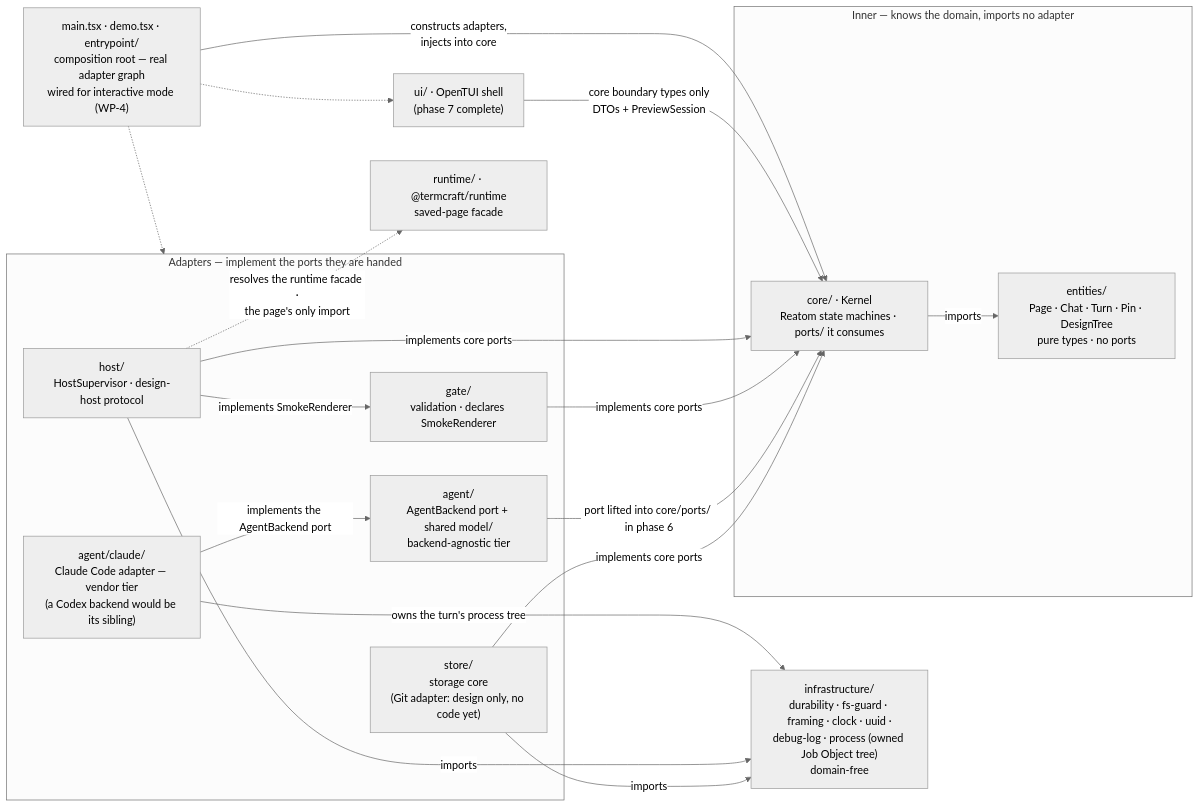
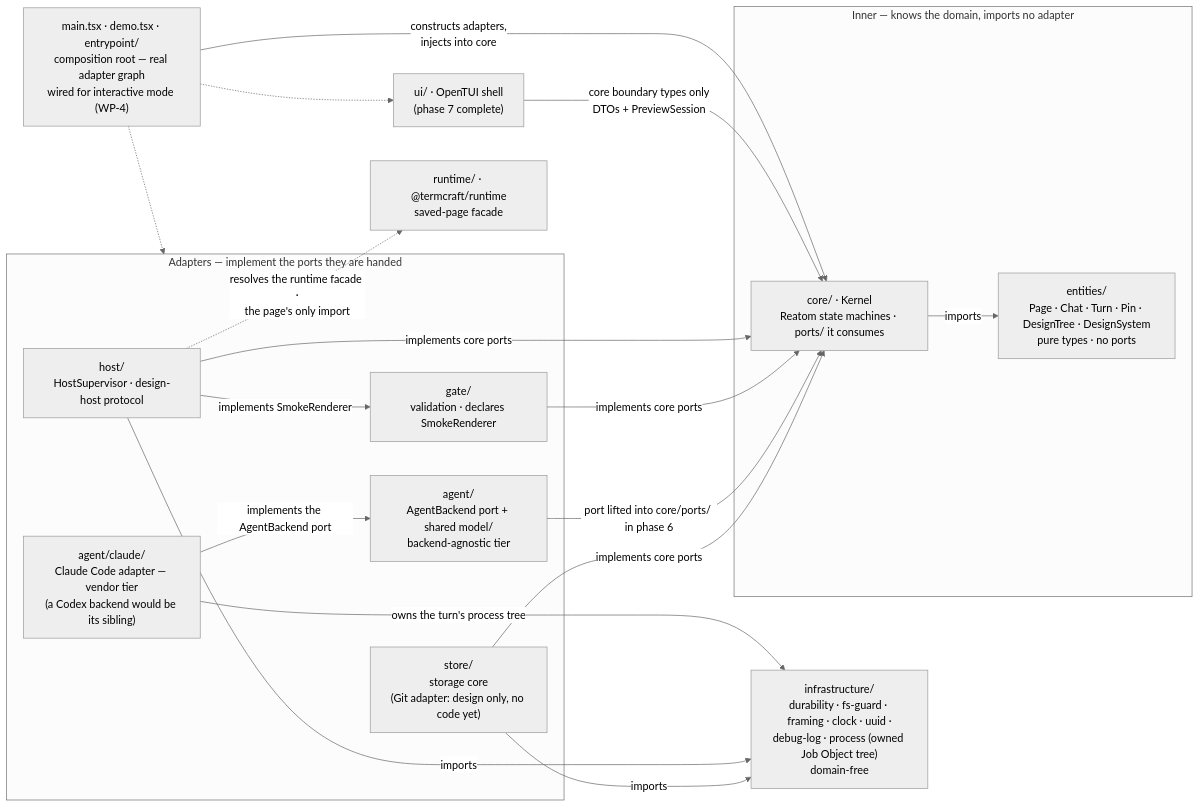
Before and after one commit to khmilevoi/termcraft: the diagram in docs/architecture/code-structure.md, drawn with Mermaid (neutral theme). The commit also changed other lines of this file and 4 other files, not shown here.

First line of the commit message:
docs(architecture): record the design-system entity and the Gate's design-system checks

````diff
--- a/docs/architecture/code-structure.md
+++ b/docs/architecture/code-structure.md
@@ -24,37 +24,37 @@
 ```mermaid
 flowchart LR
     main["main.tsx · demo.tsx · entrypoint/<br/>composition root — real adapter graph<br/>wired for interactive mode (WP-4)"]
 
     subgraph adapters["Adapters — implement the ports they are handed"]
         store["store/<br/>storage core<br/>(Git adapter: design only, no code yet)"]
         agent["agent/<br/>AgentBackend port + shared model/<br/>backend-agnostic tier"]
         claude["agent/claude/<br/>Claude Code adapter — vendor tier<br/>(a Codex backend would be its sibling)"]
         gate["gate/<br/>validation · declares SmokeRenderer"]
         host["host/<br/>HostSupervisor · design-host protocol"]
     end
 
     subgraph inner["Inner — knows the domain, imports no adapter"]
         core["core/ · Kernel<br/>Reatom state machines · ports/ it consumes"]
-        entities["entities/<br/>Page · Chat · Turn · Pin · DesignTree<br/>pure types · no ports"]
+        entities["entities/<br/>Page · Chat · Turn · Pin · DesignTree · DesignSystem<br/>pure types · no ports"]
     end
 
     ui["ui/ · OpenTUI shell<br/>(phase 7 complete)"]
     runtime["runtime/ · @termcraft/runtime<br/>saved-page facade"]
     infra["infrastructure/<br/>durability · fs-guard · framing · clock · uuid ·<br/>debug-log · process (owned Job Object tree)<br/>domain-free"]
 
     core -- imports --> entities
     store -- "implements core ports" --> core
     agent -- "port lifted into core/ports/ in phase 6" --> core
     gate -- "implements core ports" --> core
     host -- "implements core ports" --> core
     host -- "implements SmokeRenderer" --> gate
     claude -- "implements the AgentBackend port" --> agent
     ui -- "core boundary types only<br/>DTOs + PreviewSession" --> core
     store -- imports --> infra
     host -- imports --> infra
     claude -- "owns the turn's process tree" --> infra
     host -. "resolves the runtime facade ·<br/>the page's only import" .-> runtime
     main -- "constructs adapters,<br/>injects into core" --> core
     main -.-> adapters
     main -.-> ui
 ```
````
